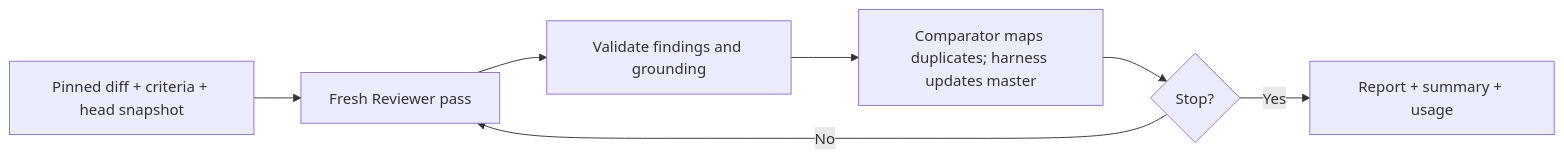
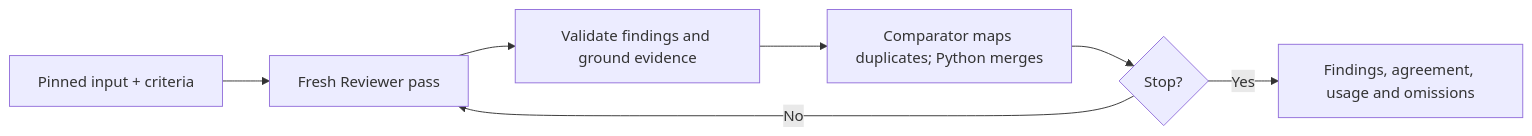
Before and after one commit to sskelkar/code-reviewer: the first of 2 diagrams in README.md, drawn with Mermaid. The commit also changed other lines of this file and 108 other files, not shown here.

````diff
--- a/README.md
+++ b/README.md
@@ -55,9 +51,9 @@
 ```mermaid
 flowchart LR
-    INPUT["Pinned diff + criteria + head snapshot"] --> REVIEW["Fresh Reviewer pass"]
-    REVIEW --> CHECK["Validate findings and grounding"]
-    CHECK --> MERGE["Comparator maps duplicates; harness updates master"]
+    INPUT["Pinned input + criteria"] --> REVIEW["Fresh Reviewer pass"]
+    REVIEW --> CHECK["Validate findings and ground evidence"]
+    CHECK --> MERGE["Comparator maps duplicates; Python merges"]
     MERGE --> STOP{"Stop?"}
-    STOP -->|"No"| REVIEW
-    STOP -->|"Yes"| REPORT["Report + summary + usage"]
+    STOP -->|No| REVIEW
+    STOP -->|Yes| REPORT["Findings, agreement, usage and omissions"]
 ```
````
